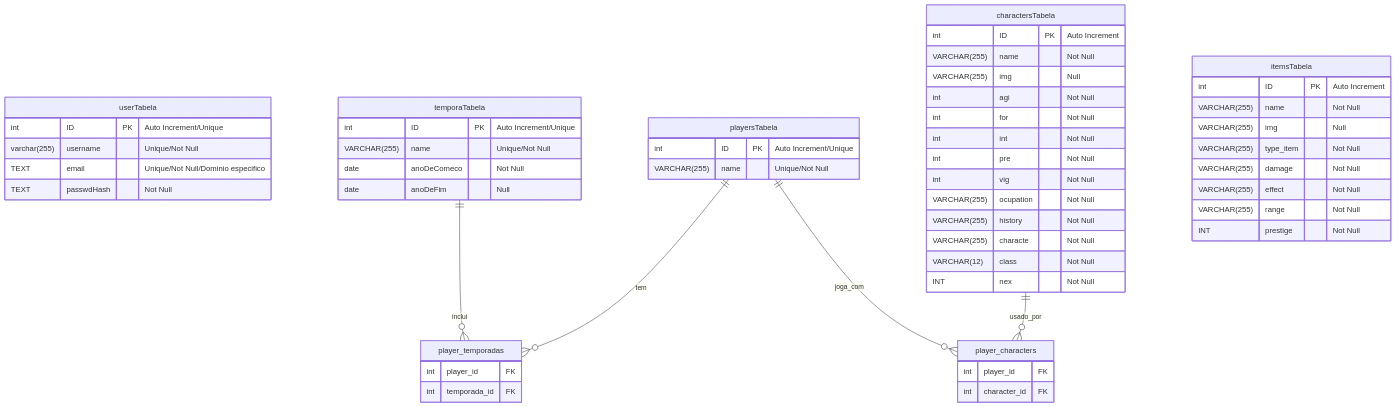
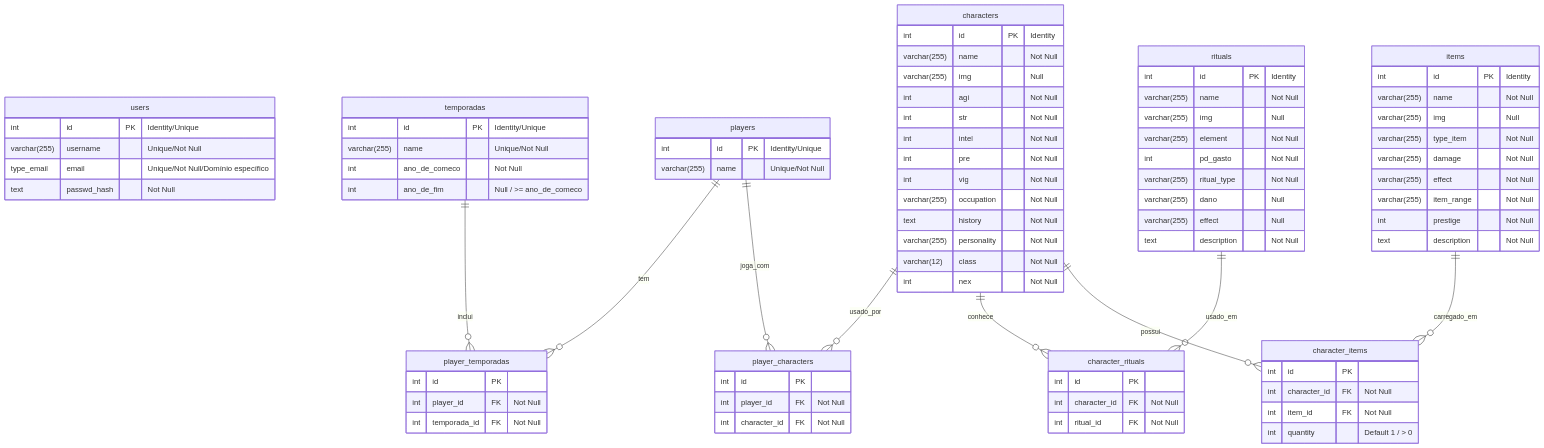
The diagram in documentation/BCD_modelation.md (Eduardo-Nicolete37/OrdoCalamitatis), drawn with Mermaid before and after one commit. The commit also changed 2 other files, not shown here.

Commit message:
docs: Continuação da documentação

````diff
--- a/documentation/BCD_modelation.md
+++ b/documentation/BCD_modelation.md
@@ -3,61 +3,98 @@
 ```mermaid
 erDiagram
 
-userTabela {
-    int ID PK "Auto Increment/Unique"
-    varchar(255) username "Unique/Not Null"
-    TEXT email "Unique/Not Null/Dominio especifico"
-    TEXT passwdHash "Not Null"
-}
+users {
+        int id PK "Identity/Unique"
+        varchar(255) username "Unique/Not Null"
+        type_email email "Unique/Not Null/Domínio específico"
+        text passwd_hash "Not Null"
+    }
+temporadas {
+    int id PK "Identity/Unique"
+    varchar(255) name "Unique/Not Null"
+    int ano_de_comeco "Not Null"
+    int ano_de_fim "Null / >= ano_de_comeco"
+    }
 
-temporaTabela {
-    int ID PK "Auto Increment/Unique"
-    VARCHAR(255) name "Unique/Not Null"
-    date anoDeComeco "Not Null"
-    date anoDeFim "Null"
-}
-playersTabela {
-    int ID PK "Auto Increment/Unique"
-    VARCHAR(255) name "Unique/Not Null"
-}
-charactersTabela {
-    int ID PK "Auto Increment"
-    VARCHAR(255) name "Not Null"
-    VARCHAR(255) img "Null"
+players {
+    int id PK "Identity/Unique"
+    varchar(255) name "Unique/Not Null"
+    }
+
+characters {
+    int id PK "Identity"
+    varchar(255) name "Not Null"
+    varchar(255) img "Null"
     int agi "Not Null"
-    int for "Not Null"
-    int int "Not Null"
+    int str "Not Null"
+    int intel "Not Null"
     int pre "Not Null"
     int vig "Not Null"
-    VARCHAR(255) ocupation "Not Null"
-    VARCHAR(255) history "Not Null"
-    VARCHAR(255) characte "Not Null"
-    VARCHAR(12) class "Not Null"
-    INT nex "Not Null"
-}
-itemsTabela {
-    int ID PK "Auto Increment"
-    VARCHAR(255) name "Not Null"
-    VARCHAR(255) img "Null"
-    VARCHAR(255) type_item "Not Null"
-    VARCHAR(255) damage "Not Null"
-    VARCHAR(255) effect "Not Null"
-    VARCHAR(255) range "Not Null"
-    INT prestige "Not Null"
-}
+    varchar(255) occupation "Not Null"
+    text history "Not Null"
+    varchar(255) personality "Not Null"
+    varchar(12) class "Not Null"
+    int nex "Not Null"
+    }
+
+items {
+    int id PK "Identity"
+    varchar(255) name "Not Null"
+    varchar(255) img "Null"
+    varchar(255) type_item "Not Null"
+    varchar(255) damage "Not Null"
+    varchar(255) effect "Not Null"
+    varchar(255) item_range "Not Null"
+    int prestige "Not Null"
+    text description "Not Null"
+    }
+
+rituals {
+    int id PK "Identity"
+    varchar(255) name "Not Null"
+    varchar(255) img "Null"
+    varchar(255) element "Not Null"
+    int pd_gasto "Not Null"
+    varchar(255) ritual_type "Not Null"
+    varchar(255) dano "Null"
+    varchar(255) effect "Null"
+    text description "Not Null"
+    }
+
 player_temporadas {
-    int player_id FK
-    int temporada_id FK
-}
+    int id PK
+    int player_id FK "Not Null"
+    int temporada_id FK "Not Null"
+    }
 
 player_characters {
-    int player_id FK
-    int character_id FK
-}
+    int id PK
+    int player_id FK "Not Null"
+    int character_id FK "Not Null"
+    }
 
-playersTabela ||--o{ player_temporadas : "tem"
-temporaTabela ||--o{ player_temporadas : "inclui"
-    
-playersTabela ||--o{ player_characters : "joga_com"
-charactersTabela ||--o{ player_characters : "usado_por"
+character_rituals {
+    int id PK
+    int character_id FK "Not Null"
+    int ritual_id FK "Not Null"
+    }
+
+character_items {
+    int id PK
+    int character_id FK "Not Null"
+    int item_id FK "Not Null"
+    int quantity "Default 1 / > 0"
+    }
+
+players ||--o{ player_temporadas : "tem"
+temporadas ||--o{ player_temporadas : "inclui"
+
+players ||--o{ player_characters : "joga_com"
+characters ||--o{ player_characters : "usado_por"
+
+characters ||--o{ character_rituals : "conhece"
+rituals ||--o{ character_rituals : "usado_em"
+
+characters ||--o{ character_items : "possui"
+items ||--o{ character_items : "carregado_em"
 ```
````
